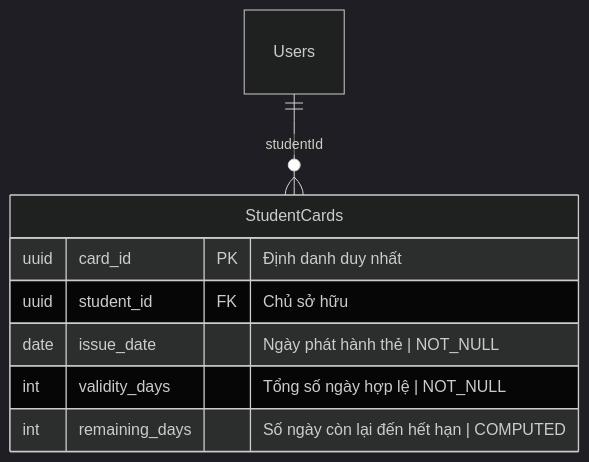
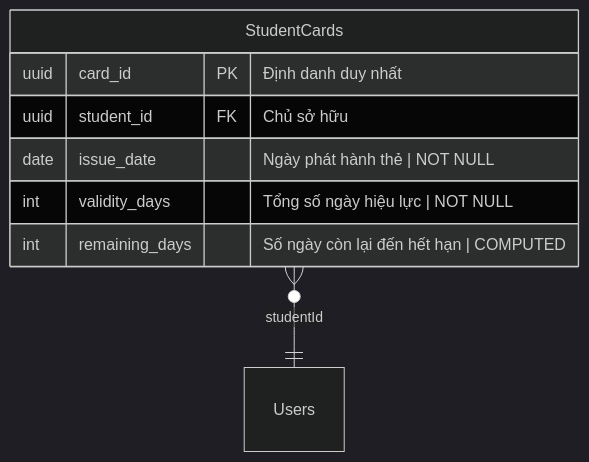
Before and after one commit to hainguyen81/enterprise-it-ai: the seventh of 12 diagrams in sources/storage/business-analysis/membership-hub/requirements.md, drawn with Mermaid (dark theme). The commit also changed other lines of this file and 7 other files, not shown here.

````diff
--- a/sources/storage/business-analysis/membership-hub/requirements.md
+++ b/sources/storage/business-analysis/membership-hub/requirements.md
@@ -469,11 +526,11 @@
 ```mermaid
 erDiagram
     StudentCards {
         uuid card_id PK "Định danh duy nhất"
         uuid student_id FK "Chủ sở hữu"
-        date issue_date "Ngày phát hành thẻ | NOT_NULL"
-        int validity_days "Tổng số ngày hợp lệ | NOT_NULL"
+        date issue_date "Ngày phát hành thẻ | NOT NULL"
+        int validity_days "Tổng số ngày hiệu lực | NOT NULL"
         int remaining_days "Số ngày còn lại đến hết hạn | COMPUTED"
     }
-    Users ||--o{ StudentCards : "studentId"
+    StudentCards }o--|| Users : "studentId"
 ```
````
